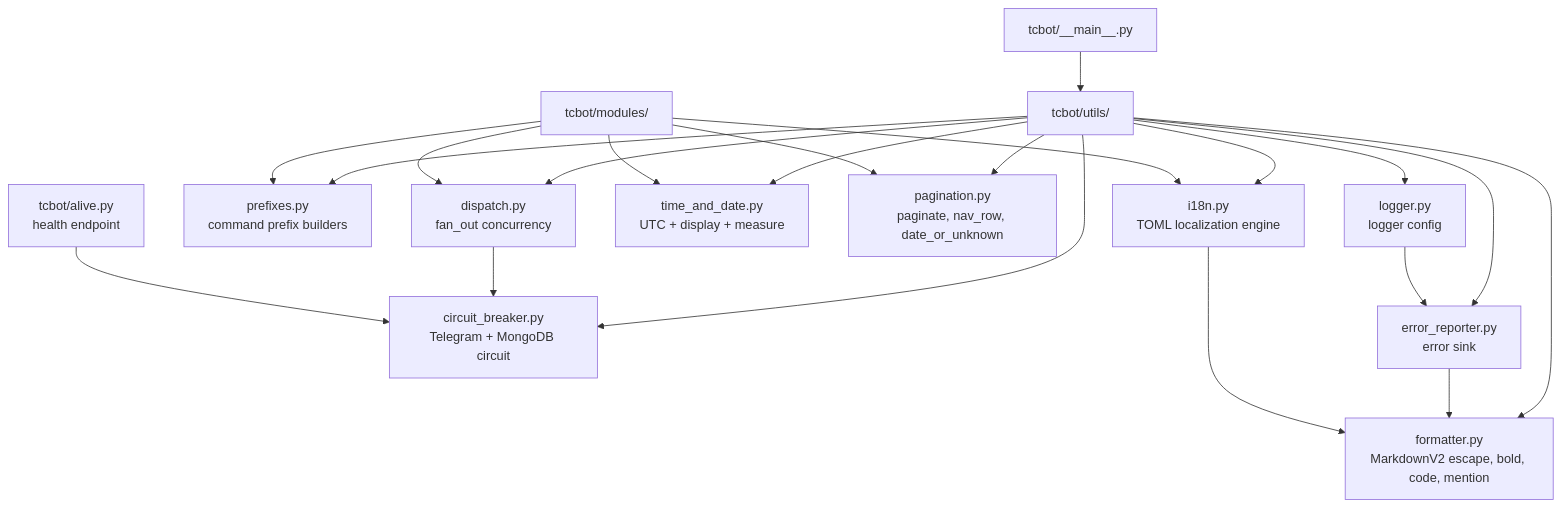
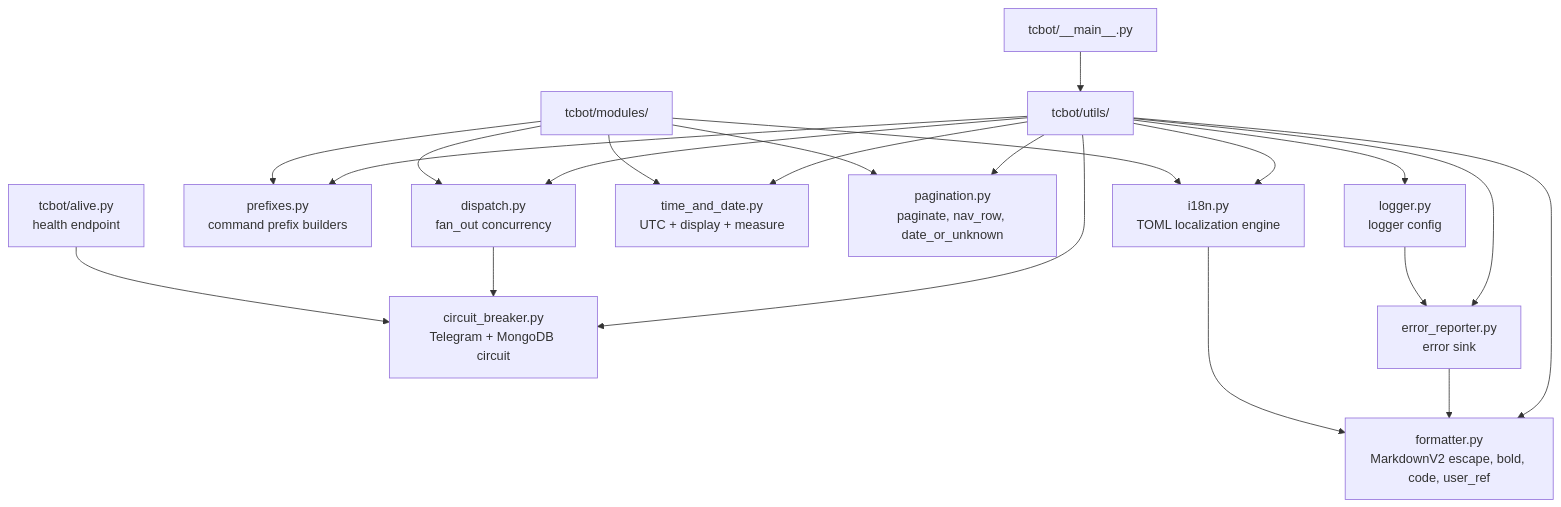
Before and after one commit to D1ZZY4/tcbot: the diagram in docs/architecture/utilities.md, drawn with Mermaid. The commit also changed other lines of this file and 7 other files, not shown here.

````diff
--- a/docs/architecture/utilities.md
+++ b/docs/architecture/utilities.md
@@ -9,23 +9,23 @@
 ```mermaid
 flowchart TD
     Main[tcbot/__main__.py] --> Utils[tcbot/utils/]
     Utils --> CB[circuit_breaker.py<br/>Telegram + MongoDB circuit]
     Utils --> Dispatch[dispatch.py<br/>fan_out concurrency]
     Utils --> Prefixes[prefixes.py<br/>command prefix builders]
     Utils --> Logging[logger.py<br/>logger config]
     Utils --> ErrorReporter[error_reporter.py<br/>error sink]
     Utils --> TimeDate[time_and_date.py<br/>UTC + display + measure]
     Utils --> Pagination[pagination.py<br/>paginate, nav_row, date_or_unknown]
-    Utils --> Fmt[formatter.py<br/>MarkdownV2 escape, bold, code, mention]
+    Utils --> Fmt[formatter.py<br/>MarkdownV2 escape, bold, code, user_ref]
     Utils --> I18n[i18n.py<br/>TOML localization engine]
     Dispatch --> CB
     Modules[tcbot/modules/] --> Dispatch
     Modules --> Prefixes
     Modules --> TimeDate
     Modules --> Pagination
     Modules --> I18n
     Logging --> ErrorReporter
     ErrorReporter --> Fmt
     I18n --> Fmt
     Alive[tcbot/alive.py<br/>health endpoint] --> CB
 ```
````
